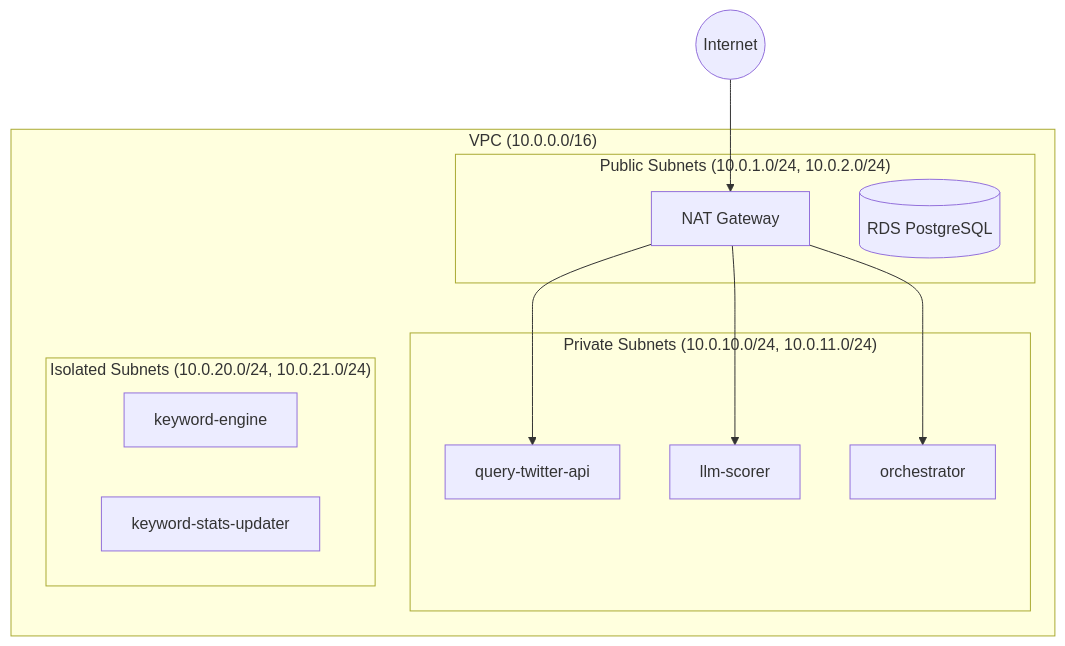
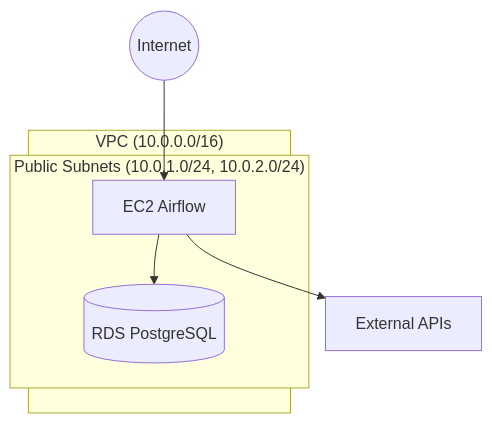
The third of 3 diagrams in docs/architecture.md (DanEscher98/twitter-profile-scorer), drawn with Mermaid before and after one commit. The commit also changed other lines of this file and 8 other files, not shown here.

````diff
--- a/docs/architecture.md
+++ b/docs/architecture.md
@@ -287,25 +162,13 @@
 ```mermaid
 graph TB
     subgraph VPC["VPC (10.0.0.0/16)"]
         subgraph Public["Public Subnets (10.0.1.0/24, 10.0.2.0/24)"]
-            NAT[NAT Gateway]
+            EC2[EC2 Airflow]
             RDS[(RDS PostgreSQL)]
-        end
-
-        subgraph Private["Private Subnets (10.0.10.0/24, 10.0.11.0/24)"]
-            QT[query-twitter-api]
-            LS[llm-scorer]
-            OR[orchestrator]
-        end
-
-        subgraph Isolated["Isolated Subnets (10.0.20.0/24, 10.0.21.0/24)"]
-            KE[keyword-engine]
-            KSU[keyword-stats-updater]
         end
     end
 
-    Internet((Internet)) --> NAT
-    NAT --> QT
-    NAT --> LS
-    NAT --> OR
+    Internet((Internet)) --> EC2
+    EC2 --> RDS
+    EC2 --> APIs[External APIs]
 ```
````
